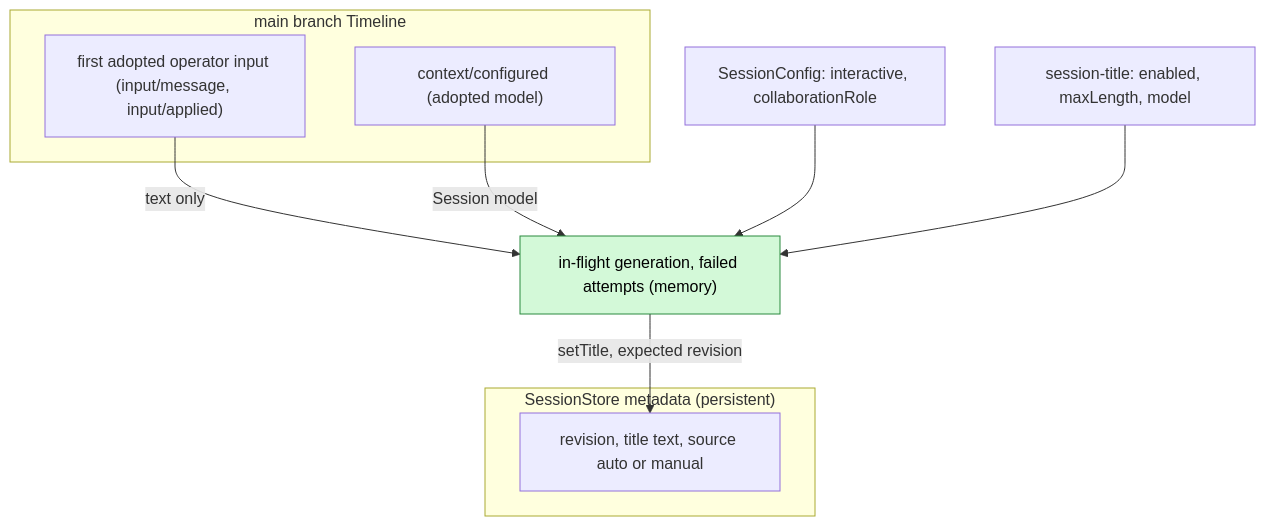
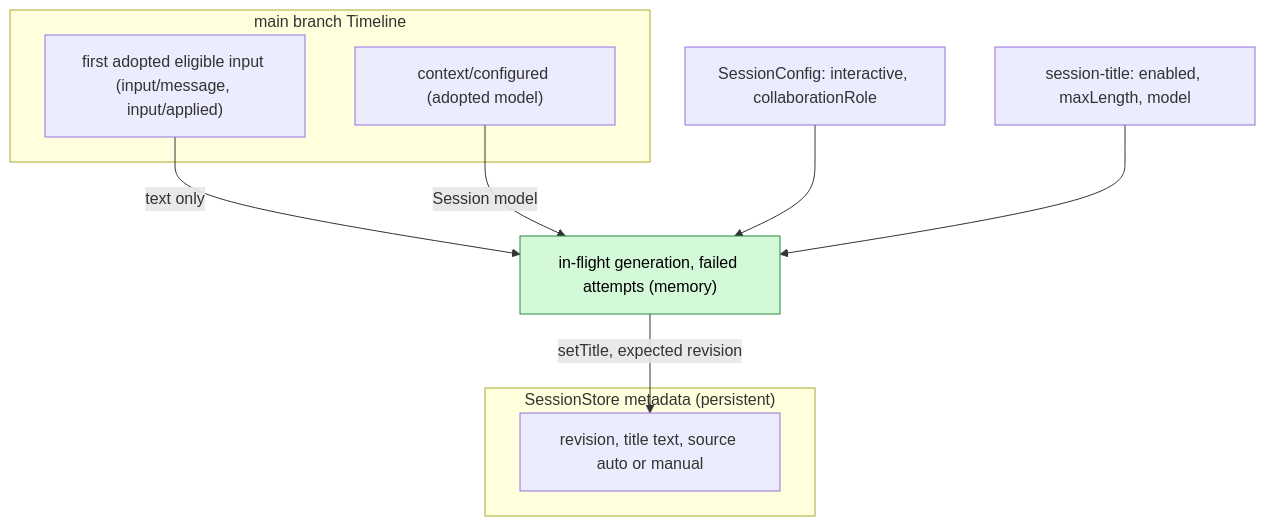
One commit to CoutinhoTTS/dim-agent changed the second of 5 diagrams in docs/design/plugins/SessionTitle.md. Above: the diagram before and after it, drawn with Mermaid. The commit also changed other lines of this file and 1 other file, not shown here.

First line of the commit message:
docs(session-title): let the applied Goal objective title a Session

````diff
--- a/docs/design/plugins/SessionTitle.md
+++ b/docs/design/plugins/SessionTitle.md
@@ -128,19 +129,19 @@
 ```mermaid
 flowchart TB
   subgraph TLM["main branch Timeline"]
-    FUI["first adopted operator input (input/message, input/applied)"]
+    FUI["first adopted eligible input (input/message, input/applied)"]
     CC["context/configured (adopted model)"]
   end
   subgraph STORE["SessionStore metadata (persistent)"]
     MD["revision, title text, source auto or manual"]
   end
   CONF["SessionConfig: interactive, collaborationRole"]
   CFG["session-title: enabled, maxLength, model"]
   MEM["in-flight generation, failed attempts (memory)"]:::new
   FUI -->|"text only"| MEM
   CC -->|"Session model"| MEM
   CONF --> MEM
   CFG --> MEM
   MEM -->|"setTitle, expected revision"| MD
   classDef new fill:#d3f9d8,stroke:#2b8a3e,color:#000
 ```
````
